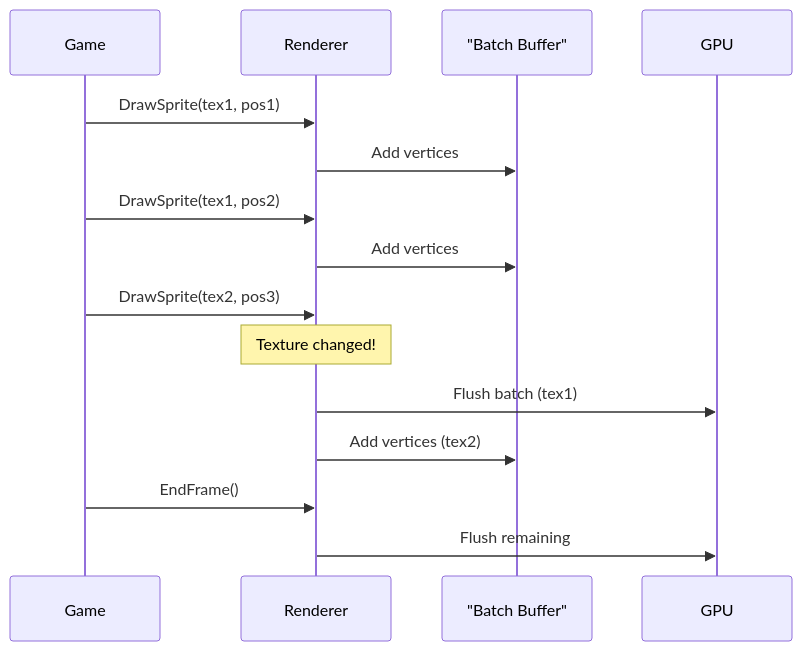
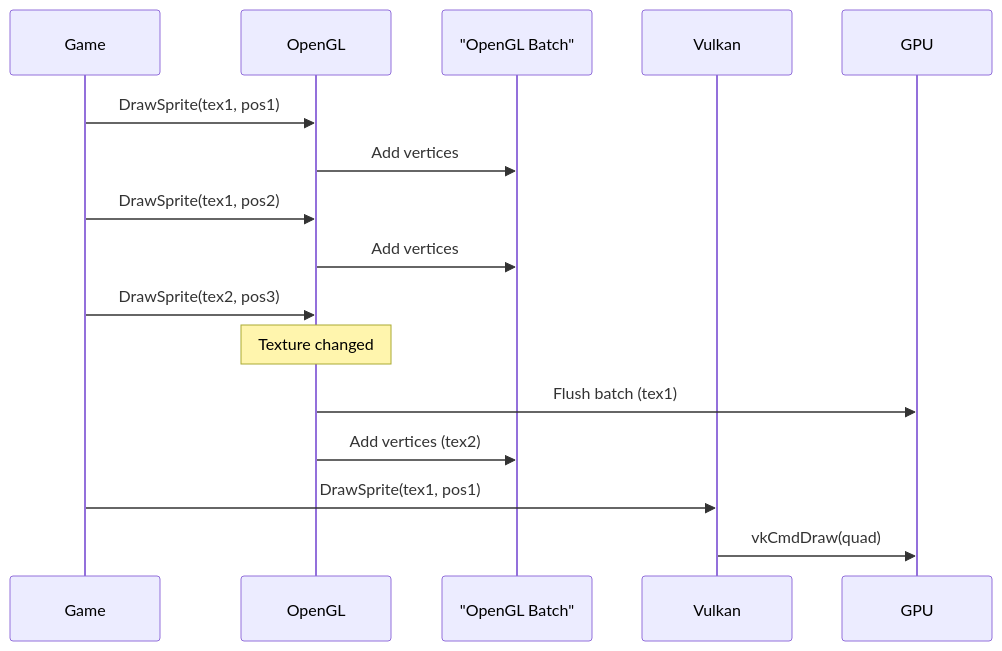
Before and after one commit to baaz777/rift: the third of 6 diagrams in docs/RENDERING.md, drawn with Mermaid. The commit also changed other lines of this file, not shown here.

Commit message:
📝 Document Vulkan batching and texture upload

```diff
--- a/docs/RENDERING.md
+++ b/docs/RENDERING.md
@@ -387,21 +416,22 @@
 <pre class="mermaid">
 sequenceDiagram
     participant Game
-    participant Renderer
-    participant Batch as "Batch Buffer"
+    participant OpenGL
+    participant GLBatch as "OpenGL Batch"
+    participant Vulkan
     participant GPU
 
-    Game->>Renderer: DrawSprite(tex1, pos1)
-    Renderer->>Batch: Add vertices
+    Game->>OpenGL: DrawSprite(tex1, pos1)
+    OpenGL->>GLBatch: Add vertices
 
-    Game->>Renderer: DrawSprite(tex1, pos2)
-    Renderer->>Batch: Add vertices
+    Game->>OpenGL: DrawSprite(tex1, pos2)
+    OpenGL->>GLBatch: Add vertices
 
-    Game->>Renderer: DrawSprite(tex2, pos3)
-    Note over Renderer: Texture changed!
-    Renderer->>GPU: Flush batch (tex1)
-    Renderer->>Batch: Add vertices (tex2)
+    Game->>OpenGL: DrawSprite(tex2, pos3)
+    Note over OpenGL: Texture changed
+    OpenGL->>GPU: Flush batch (tex1)
+    OpenGL->>GLBatch: Add vertices (tex2)
 
-    Game->>Renderer: EndFrame()
-    Renderer->>GPU: Flush remaining
+    Game->>Vulkan: DrawSprite(tex1, pos1)
+    Vulkan->>GPU: vkCmdDraw(quad)
 </pre>
```
